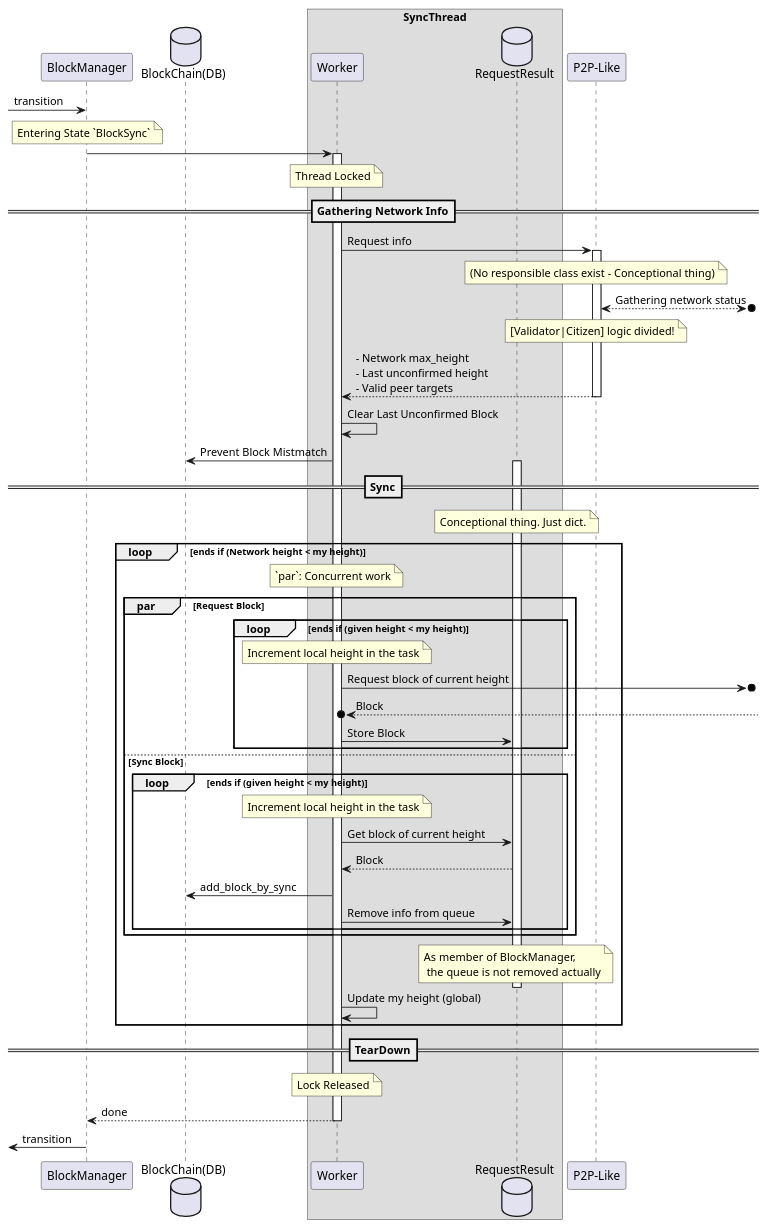
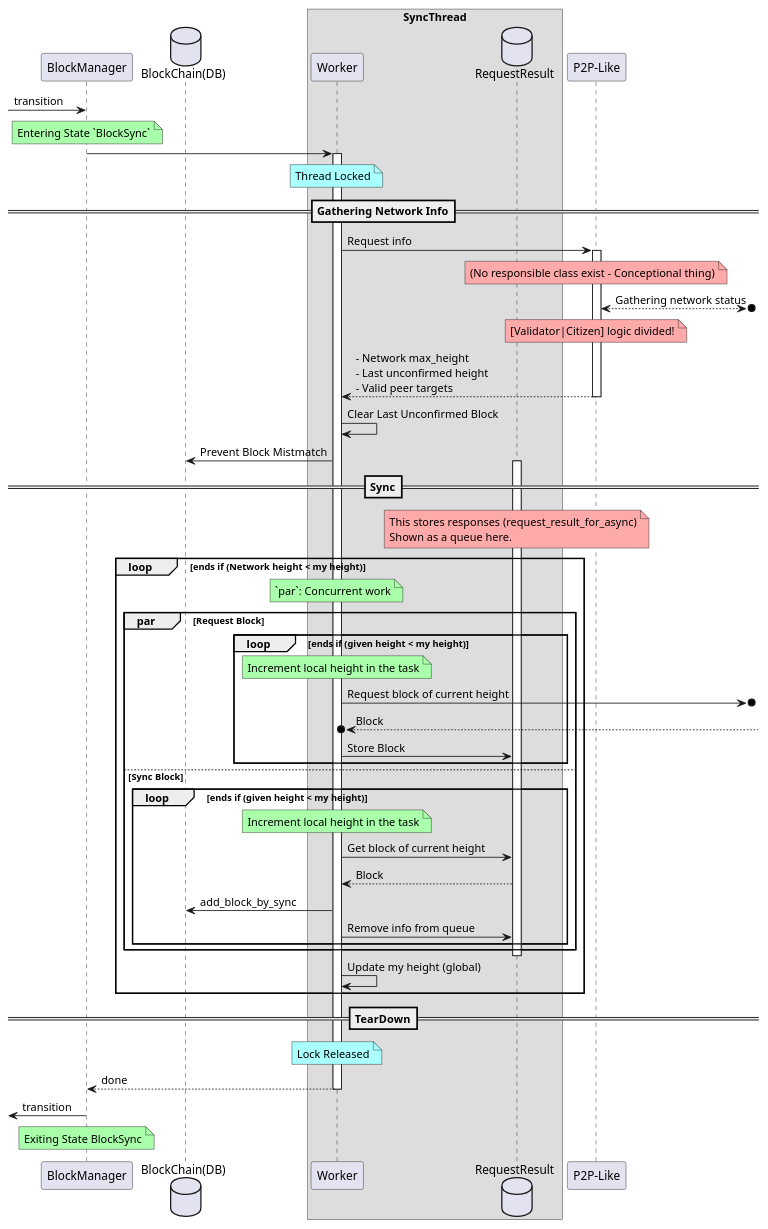
Before and after one commit to metalg0su/studies: the diagram in diagrams/block_sync.puml, drawn with PlantUML.

```diff
--- a/diagrams/block_sync.puml
+++ b/diagrams/block_sync.puml
@@ -1,65 +1,64 @@
 @startuml
 ' Definitions...
 participant BlockManager as block_manager
 database "BlockChain(DB)" as blockchain
 
 box SyncThread
     participant Worker as sync_thread
     database RequestResult as queue
 end box
 participant "P2P-Like" as p2p
 
 
 ' Relations...
 [-> block_manager: transition
-note over block_manager: Entering State `BlockSync`
+note over block_manager #AAFFAA: Entering State `BlockSync`
 block_manager -> sync_thread
 activate sync_thread
 
-note over sync_thread: Thread Locked
+note over sync_thread #AAFFFF: Thread Locked
 ==Gathering Network Info==
 sync_thread -> p2p: Request info
 activate p2p
-note over p2p: (No responsible class exist - Conceptional thing)
+note over p2p #FFAAAA: (No responsible class exist - Conceptional thing)
 p2p <-->o]: Gathering network status
-note over p2p: [Validator|Citizen] logic divided!
+note over p2p #FFAAAA: [Validator|Citizen] logic divided!
 p2p --> sync_thread: - Network max_height\n- Last unconfirmed height \n- Valid peer targets
 deactivate p2p
 
 sync_thread -> sync_thread: Clear Last Unconfirmed Block
 sync_thread -> blockchain: Prevent Block Mistmatch
 
 ==Sync==
 activate queue
-note over queue: Conceptional thing. Just dict.
+note over queue #FFAAAA: This stores responses (request_result_for_async)\nShown as a queue here.
 
 loop ends if (Network height < my height)
-    note over sync_thread: `par`: Concurrent work
+    note over sync_thread #AAFFAA: `par`: Concurrent work
     par Request Block
         loop ends if (given height < my height)
-            note over sync_thread: Increment local height in the task
+            note over sync_thread #AAFFAA: Increment local height in the task
             sync_thread ->o]: Request block of current height
             sync_thread o<--]: Block
             sync_thread -> queue: Store Block
         end loop
     else Sync Block
         loop ends if (given height < my height)
-            note over sync_thread: Increment local height in the task
+            note over sync_thread #AAFFAA: Increment local height in the task
             sync_thread -> queue: Get block of current height
             queue --> sync_thread: Block
             sync_thread -> blockchain: add_block_by_sync
             sync_thread -> queue: Remove info from queue
         end loop
     end par
-    note over queue: As member of BlockManager,\n the queue is not removed actually
     deactivate queue
     sync_thread -> sync_thread: Update my height (global)
 end loop
 
 ==TearDown==
-note over sync_thread: Lock Released
+note over sync_thread #AAFFFF: Lock Released
 sync_thread --> block_manager: done
 deactivate sync_thread
 [<- block_manager: transition
-
+note over block_manager #AAFFAA: Exiting State BlockSync
 @enduml
```
